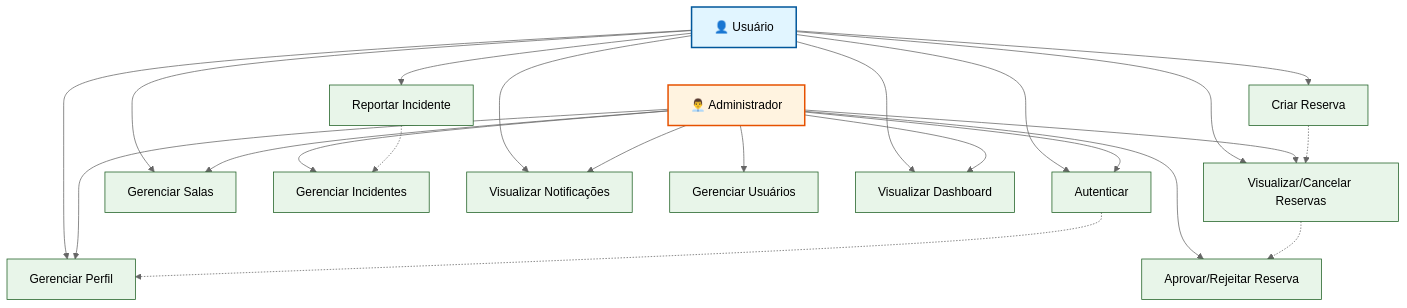
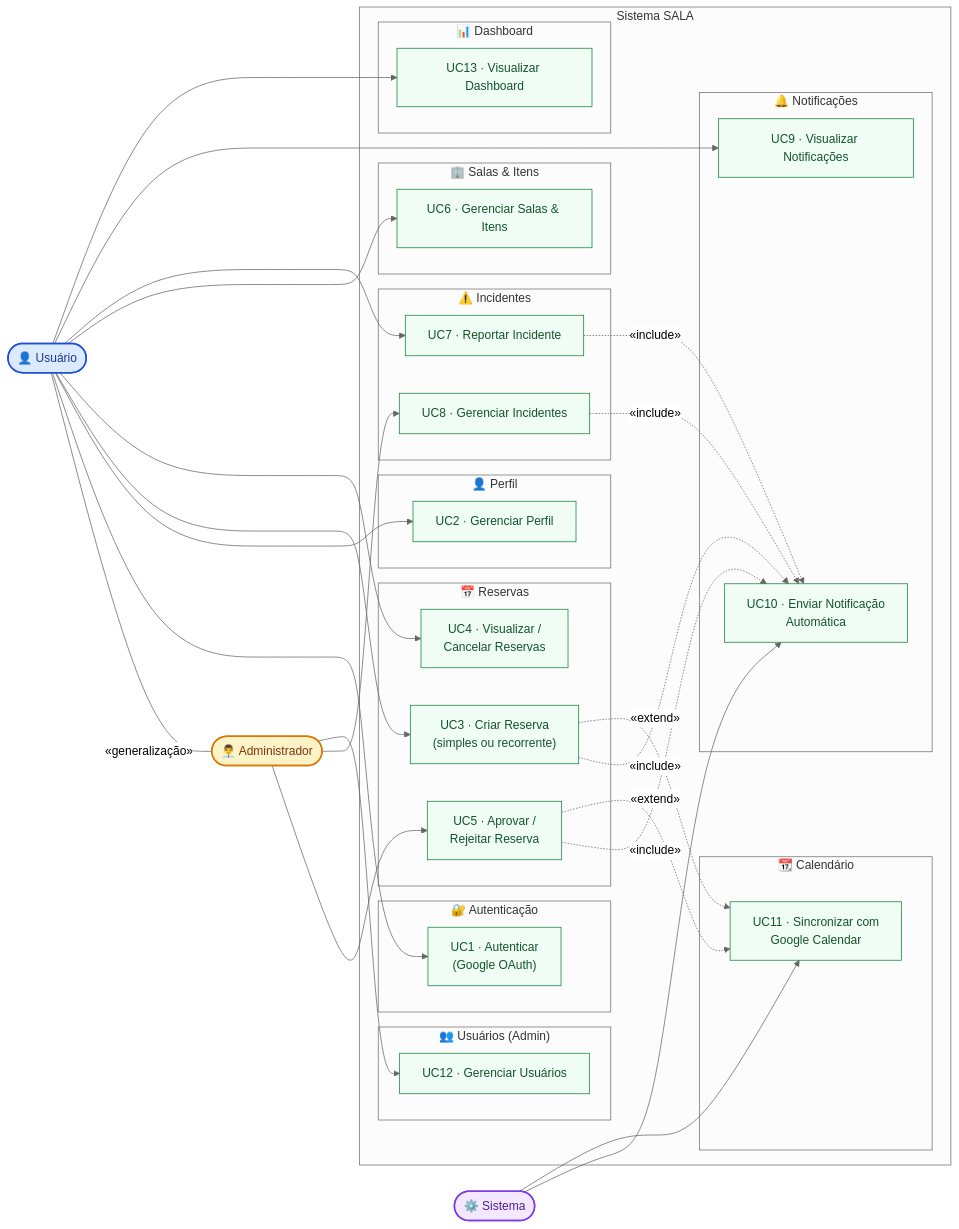
Before and after one commit to oCaioAug/SALA: the diagram in docs/Diagrama-Casos-de-Uso-Web.md, drawn with Mermaid (neutral theme). The commit also changed other lines of this file and 2 other files, not shown here.

Commit message:
docs: atualiza diagrama CDU e arquitetura

````diff
--- a/docs/Diagrama-Casos-de-Uso-Web.md
+++ b/docs/Diagrama-Casos-de-Uso-Web.md
@@ -3,34 +3,58 @@
 ```mermaid
-graph TB
-    %% Atores (topo)
-    User[👤 Usuário]
-    Admin[👨‍💼 Administrador]
+graph LR
+    %% ── Atores ──────────────────────────────────────────────────────
+    User(["👤 Usuário"])
+    Admin(["👨‍💼 Administrador"])
+    Sistema(["⚙️ Sistema"])
 
-    %% Casos de Uso - Autenticação (esquerda)
-    UC1[Autenticar]
-    UC2[Gerenciar Perfil]
+    %% Generalização: Admin é um Usuário
+    User ---|"«generalização»"| Admin
 
-    %% Casos de Uso - Reservas (centro-esquerda)
-    UC3[Criar Reserva]
-    UC4[Visualizar/Cancelar Reservas]
-    UC5[Aprovar/Rejeitar Reserva]
+    %% ── Casos de Uso ─────────────────────────────────────────────────
+    subgraph sistema_sala ["Sistema SALA"]
 
-    %% Casos de Uso - Salas (centro)
-    UC6[Gerenciar Salas]
+        subgraph auth ["🔐 Autenticação"]
+            UC1["UC1 · Autenticar\n(Google OAuth)"]
+        end
 
-    %% Casos de Uso - Incidentes (centro-direita)
-    UC7[Reportar Incidente]
-    UC8[Gerenciar Incidentes]
+        subgraph perfil ["👤 Perfil"]
+            UC2["UC2 · Gerenciar Perfil"]
+        end
 
-    %% Casos de Uso - Notificações e Outros (direita)
-    UC9[Visualizar Notificações]
-    UC10[Gerenciar Usuários]
-    UC11[Visualizar Dashboard]
+        subgraph reservas ["📅 Reservas"]
+            UC3["UC3 · Criar Reserva\n(simples ou recorrente)"]
+            UC4["UC4 · Visualizar /\nCancelar Reservas"]
+            UC5["UC5 · Aprovar /\nRejeitar Reserva"]
+        end
 
-    %% Layout: Atores no topo
-    User ~~~ Admin
+        subgraph salas ["🏢 Salas & Itens"]
+            UC6["UC6 · Gerenciar Salas & Itens"]
+        end
 
-    %% Relacionamentos - Usuário
+        subgraph incidentes ["⚠️ Incidentes"]
+            UC7["UC7 · Reportar Incidente"]
+            UC8["UC8 · Gerenciar Incidentes"]
+        end
+
+        subgraph notificacoes ["🔔 Notificações"]
+            UC9["UC9 · Visualizar Notificações"]
+            UC10["UC10 · Enviar Notificação\nAutomática"]
+        end
+
+        subgraph calendario ["📆 Calendário"]
+            UC11["UC11 · Sincronizar com\nGoogle Calendar"]
+        end
+
+        subgraph usuarios_mgmt ["👥 Usuários (Admin)"]
+            UC12["UC12 · Gerenciar Usuários"]
+        end
+
+        subgraph dashboard ["📊 Dashboard"]
+            UC13["UC13 · Visualizar Dashboard"]
+        end
+    end
+
+    %% ── Relacionamentos – Usuário ────────────────────────────────────
     User --> UC1
     User --> UC2
     User --> UC3
@@ -38,31 +62,33 @@
     User --> UC6
     User --> UC7
     User --> UC9
-    User --> UC11
+    User --> UC13
 
-    %% Relacionamentos - Administrador
-    Admin --> UC1
-    Admin --> UC2
-    Admin --> UC4
+    %% ── Relacionamentos – Administrador (exclusivos) ─────────────────
     Admin --> UC5
-    Admin --> UC6
     Admin --> UC8
-    Admin --> UC9
-    Admin --> UC10
-    Admin --> UC11
+    Admin --> UC12
 
-    %% Agrupamento visual (usando links invisíveis)
-    UC1 -.-> UC2
-    UC3 -.-> UC4
-    UC4 -.-> UC5
-    UC7 -.-> UC8
+    %% ── Relacionamentos – Sistema ─────────────────────────────────────
+    Sistema --> UC10
+    Sistema --> UC11
 
-    %% Estilos
-    classDef userClass fill:#e1f5ff,stroke:#01579b,stroke-width:2px
-    classDef adminClass fill:#fff3e0,stroke:#e65100,stroke-width:2px
-    classDef ucClass fill:#e8f5e9,stroke:#1b5e20,stroke-width:1px
+    %% ── Dependências entre casos de uso ──────────────────────────────
+    UC3 -. "«include»" .-> UC10
+    UC5 -. "«include»" .-> UC10
+    UC7 -. "«include»" .-> UC10
+    UC8 -. "«include»" .-> UC10
+    UC3 -. "«extend»" .-> UC11
+    UC5 -. "«extend»" .-> UC11
 
-    class User userClass
+    %% ── Estilos ──────────────────────────────────────────────────────
+    classDef actorClass fill:#dbeafe,stroke:#1d4ed8,stroke-width:2px,color:#1e3a8a
+    classDef adminClass fill:#fef3c7,stroke:#d97706,stroke-width:2px,color:#78350f
+    classDef sistemaClass fill:#f3e8ff,stroke:#7c3aed,stroke-width:2px,color:#4c1d95
+    classDef ucClass fill:#f0fdf4,stroke:#15803d,stroke-width:1px,color:#14532d
+
+    class User actorClass
     class Admin adminClass
-    class UC1,UC2,UC3,UC4,UC5,UC6,UC7,UC8,UC9,UC10,UC11 ucClass
+    class Sistema sistemaClass
+    class UC1,UC2,UC3,UC4,UC5,UC6,UC7,UC8,UC9,UC10,UC11,UC12,UC13 ucClass
 ```
````
